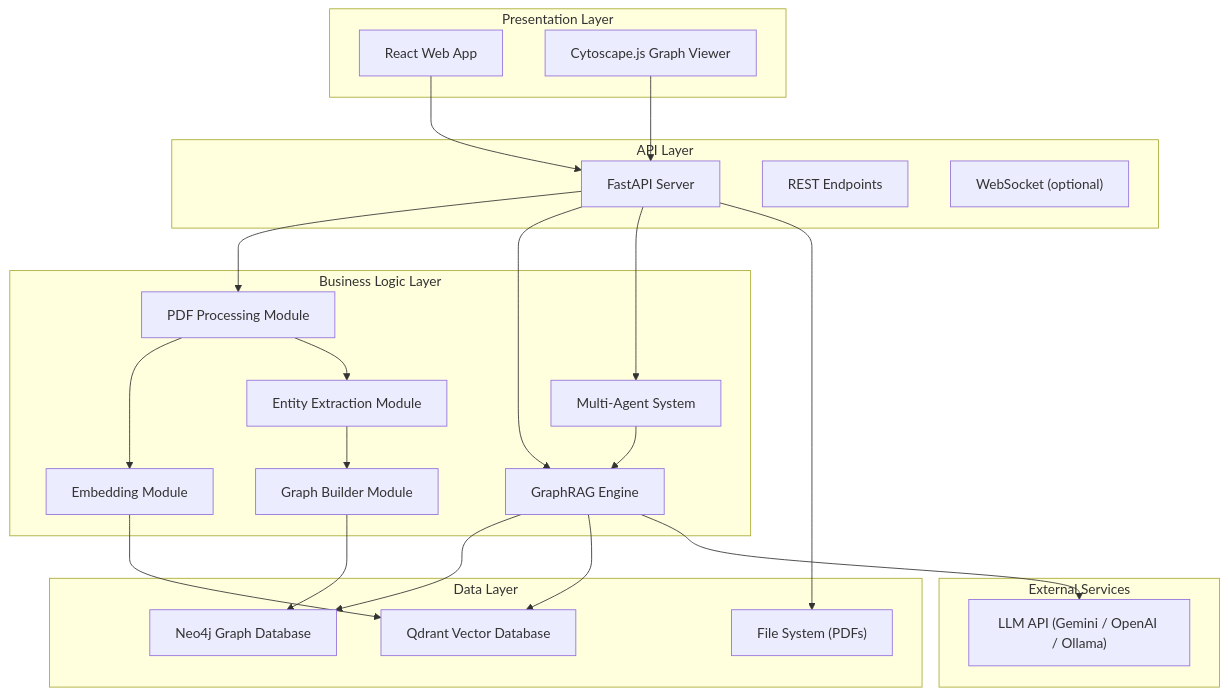
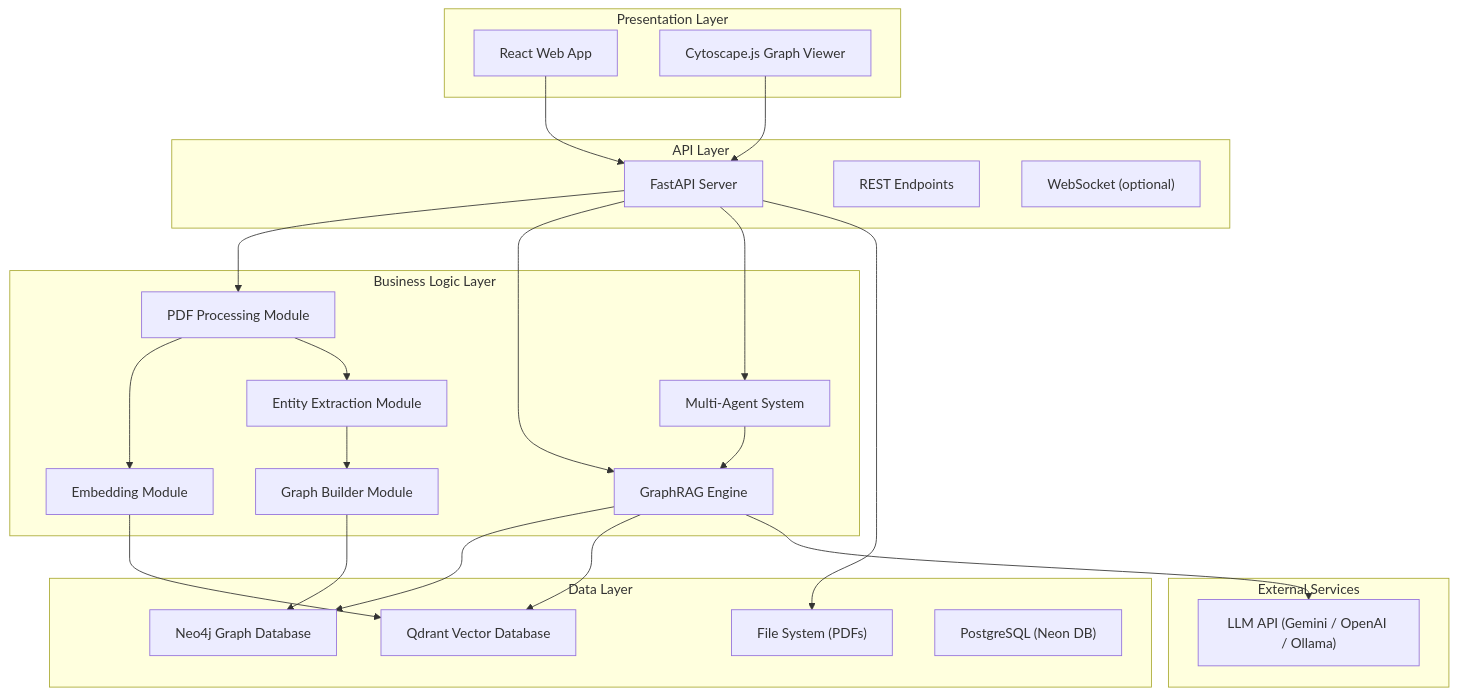
Before and after one commit to suraj-codes-24/Research-Node: the first of 9 diagrams in docs/05_system_design_document.md, drawn with Mermaid. The commit also changed other lines of this file and 52 other files, not shown here.

Commit message:
Final project completion: PostgreSQL integration, UI enhancements, and documentation update

````diff
--- a/docs/05_system_design_document.md
+++ b/docs/05_system_design_document.md
@@ -18,48 +18,49 @@
 ```mermaid
 graph TB
     subgraph "Presentation Layer"
         A["React Web App"]
         B["Cytoscape.js Graph Viewer"]
     end
 
     subgraph "API Layer"
         C["FastAPI Server"]
         D["REST Endpoints"]
         E["WebSocket (optional)"]
     end
 
     subgraph "Business Logic Layer"
         F["PDF Processing Module"]
         G["Embedding Module"]
         H["Entity Extraction Module"]
         I["Graph Builder Module"]
         J["GraphRAG Engine"]
         K["Multi-Agent System"]
     end
 
     subgraph "Data Layer"
         L["Neo4j Graph Database"]
         M["Qdrant Vector Database"]
         N["File System (PDFs)"]
+        P["PostgreSQL (Neon DB)"]
     end
 
     subgraph "External Services"
         O["LLM API (Gemini / OpenAI / Ollama)"]
     end
 
     A --> C
     B --> C
     C --> F
     C --> J
     C --> K
     F --> G
     F --> H
     G --> M
     H --> I
     I --> L
     J --> L
     J --> M
     J --> O
     K --> J
     C --> N
 ```
````
